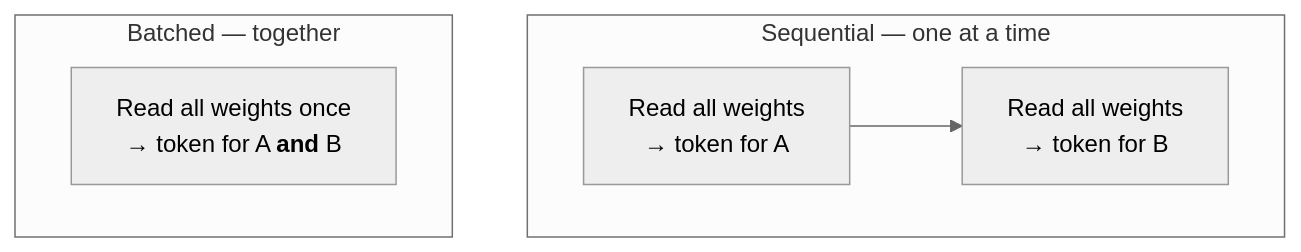
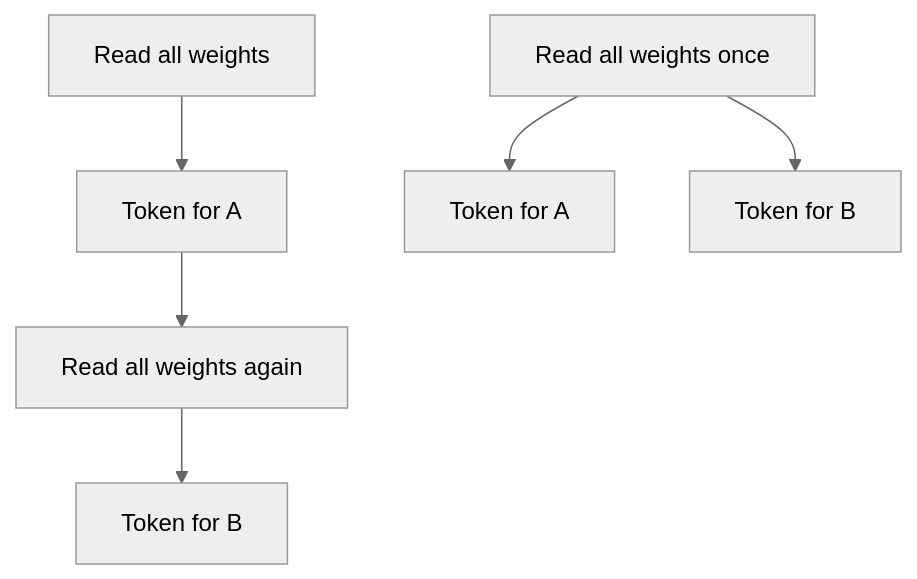
Before and after one commit to kamil-kielbasa/ai-infrastructure-book: the first of 2 diagrams in book/10-from-one-user-to-many.md, drawn with Mermaid (neutral theme). The commit also changed other lines of this file and 15 other files, not shown here.

Commit message:
fix: pin mermaid and mathjax to working majors, trim part V

````diff
--- a/book/10-from-one-user-to-many.md
+++ b/book/10-from-one-user-to-many.md
@@ -27,11 +27,7 @@
 ```mermaid
 flowchart TB
-    subgraph seq [Sequential — one at a time]
-        direction LR
-        S1["Read all weights<br/>→ token for A"] --> S2["Read all weights<br/>→ token for B"]
-    end
-    subgraph bat [Batched — together]
-        direction LR
-        B1["Read all weights once<br/>→ token for A <b>and</b> B"]
-    end
+    S1[Read all weights] --> S2[Token for A]
+    S2 --> S3[Read all weights again] --> S4[Token for B]
+    B1[Read all weights once] --> B2[Token for A]
+    B1 --> B3[Token for B]
 ```
````
